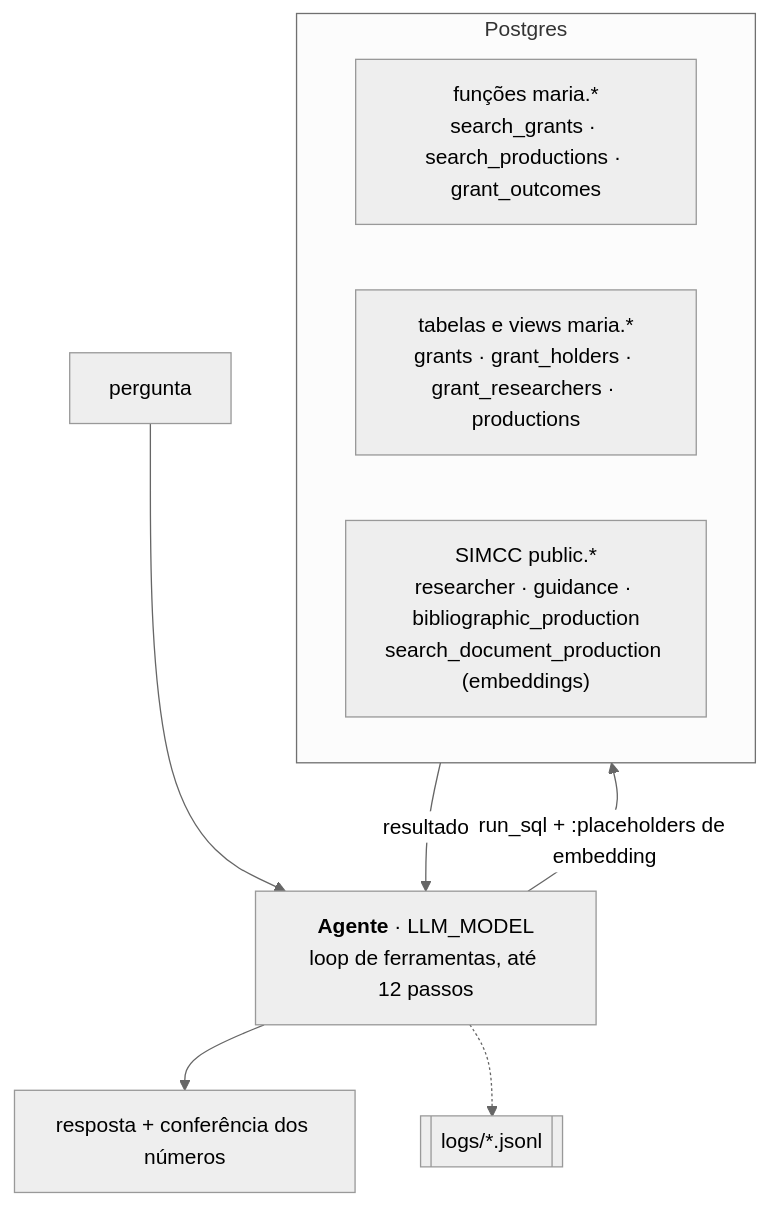
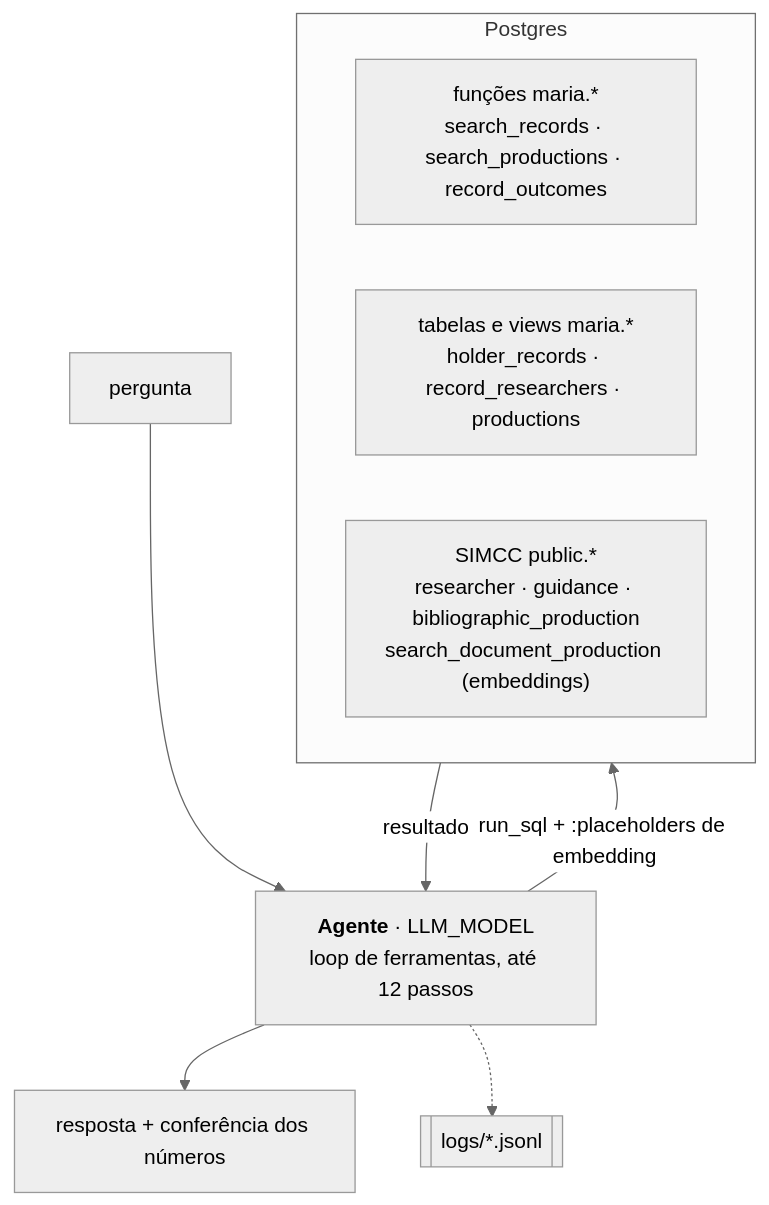
Before and after one commit to meirelesgc/simcc-maria: the first of 2 diagrams in docs/chatbot/arquitetura.md, drawn with Mermaid (neutral theme). The commit also changed other lines of this file and 29 other files, not shown here.

````diff
--- a/docs/chatbot/arquitetura.md
+++ b/docs/chatbot/arquitetura.md
@@ -22,14 +26,14 @@
 ```mermaid
 flowchart TD
     Q[pergunta] --> A["<b>Agente</b> · LLM_MODEL<br/>loop de ferramentas, até 12 passos"]
     A -->|run_sql + :placeholders de embedding| DB
     subgraph DB [Postgres]
       direction LR
-      F["funções maria.*<br/>search_grants · search_productions · grant_outcomes"]
-      T["tabelas e views maria.*<br/>grants · grant_holders · grant_researchers · productions"]
+      F["funções maria.*<br/>search_records · search_productions · record_outcomes"]
+      T["tabelas e views maria.*<br/>holder_records · record_researchers · productions"]
       S["SIMCC public.*<br/>researcher · guidance · bibliographic_production<br/>search_document_production (embeddings)"]
     end
     DB -->|resultado| A
     A --> R["resposta + conferência dos números"]
     A -.-> L[[logs/*.jsonl]]
 ```
````
